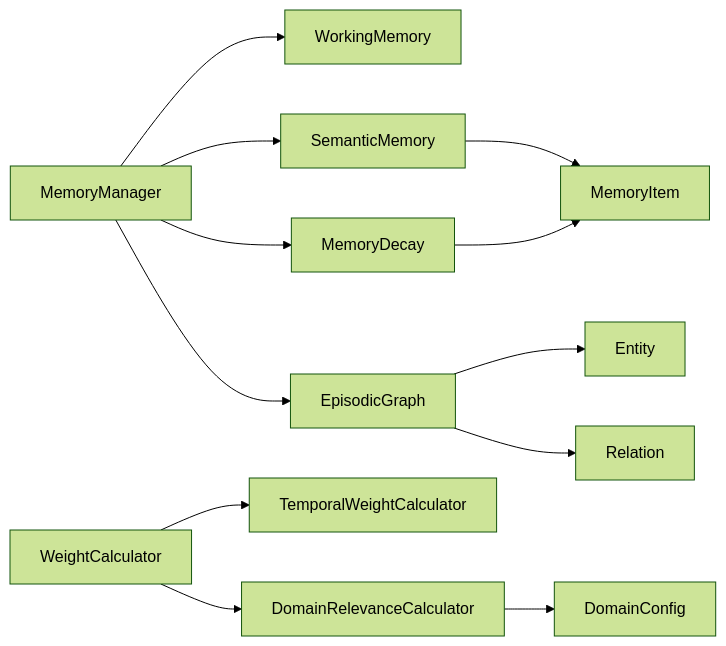
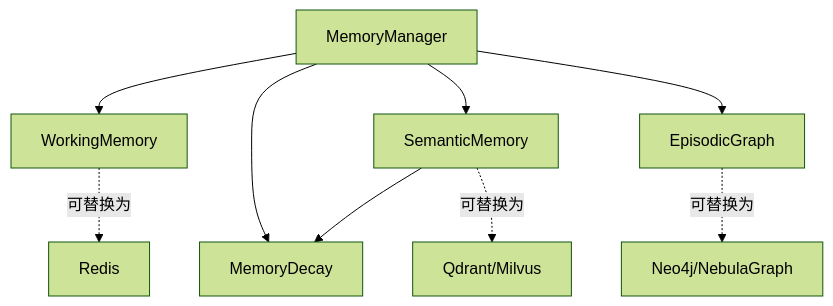
One commit to JieGaoPrinceton/NecoRAG changed the tenth of 10 diagrams in .qoder/repowiki/zh/content/记忆管理层/记忆管理层.md. Above: the diagram before and after it, drawn with Mermaid (forest theme). The commit also changed other lines of this file and 181 other files, not shown here.

````diff
--- a/.qoder/repowiki/zh/content/记忆管理层/记忆管理层.md
+++ b/.qoder/repowiki/zh/content/记忆管理层/记忆管理层.md
@@ -286,14 +395,11 @@
 ```mermaid
-graph LR
+graph TB
 MM["MemoryManager"] --> WM["WorkingMemory"]
 MM --> SM["SemanticMemory"]
 MM --> EG["EpisodicGraph"]
 MM --> DEC["MemoryDecay"]
-SM --> MI["MemoryItem"]
-EG --> E["Entity"]
-EG --> R["Relation"]
-DEC --> MI
-WCT["WeightCalculator"] --> TWC["TemporalWeightCalculator"]
-WCT --> DRC["DomainRelevanceCalculator"]
-DRC --> DCFG["DomainConfig"]
+SM --> DEC
+WM -.->|"可替换为"| R["Redis"]
+SM -.->|"可替换为"| V["Qdrant/Milvus"]
+EG -.->|"可替换为"| G["Neo4j/NebulaGraph"]
 ```
````
